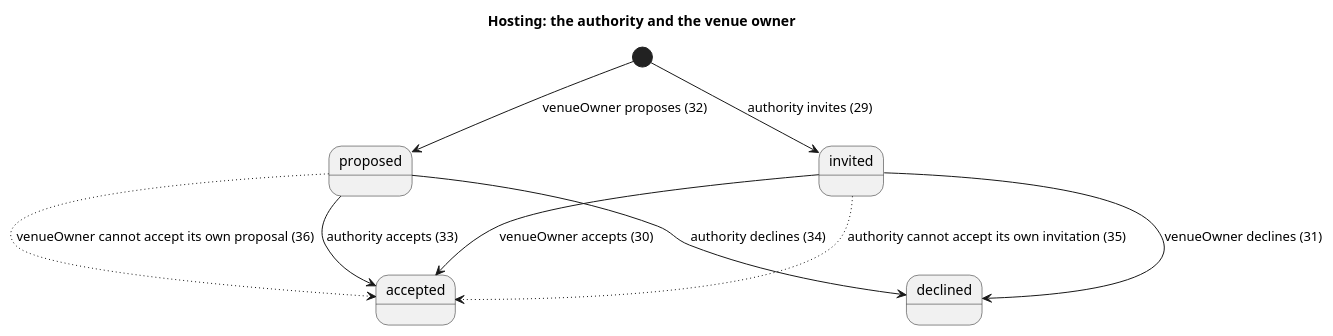
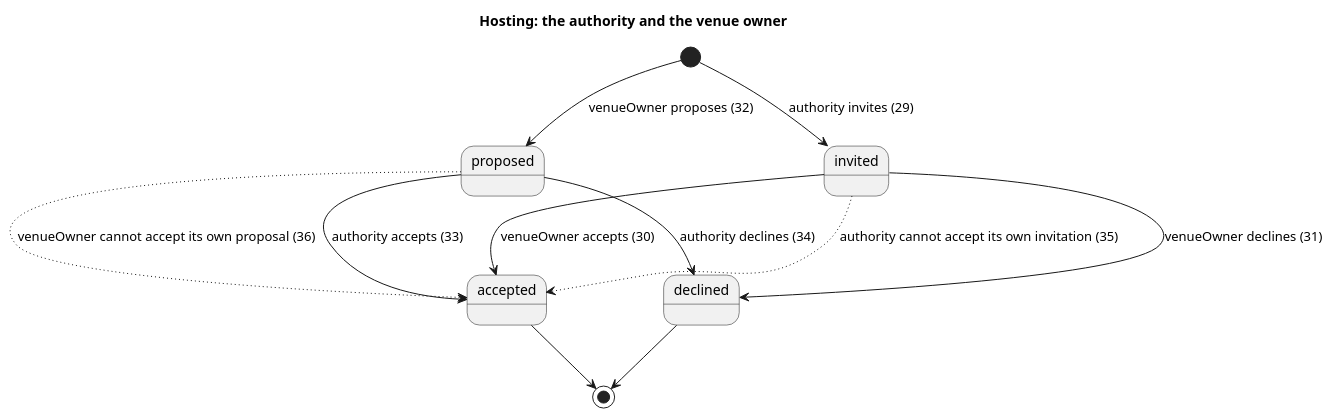
The diagram in uml/londons/src/hosting.puml (blueshed/dzql), drawn with PlantUML before and after one commit. The commit also changed 10 other files, not shown here.

```diff
--- a/uml/londons/src/hosting.puml
+++ b/uml/londons/src/hosting.puml
@@ -1,11 +1,13 @@
 @startuml
 title Hosting: the authority and the venue owner
 [*] --> invited : authority invites (29)
 [*] --> proposed : venueOwner proposes (32)
 invited --> accepted : venueOwner accepts (30)
 invited --> declined : venueOwner declines (31)
 proposed --> accepted : authority accepts (33)
 proposed --> declined : authority declines (34)
 invited -[dotted]-> accepted : authority cannot accept its own invitation (35)
 proposed -[dotted]-> accepted : venueOwner cannot accept its own proposal (36)
+accepted --> [*]
+declined --> [*]
 @enduml
```
